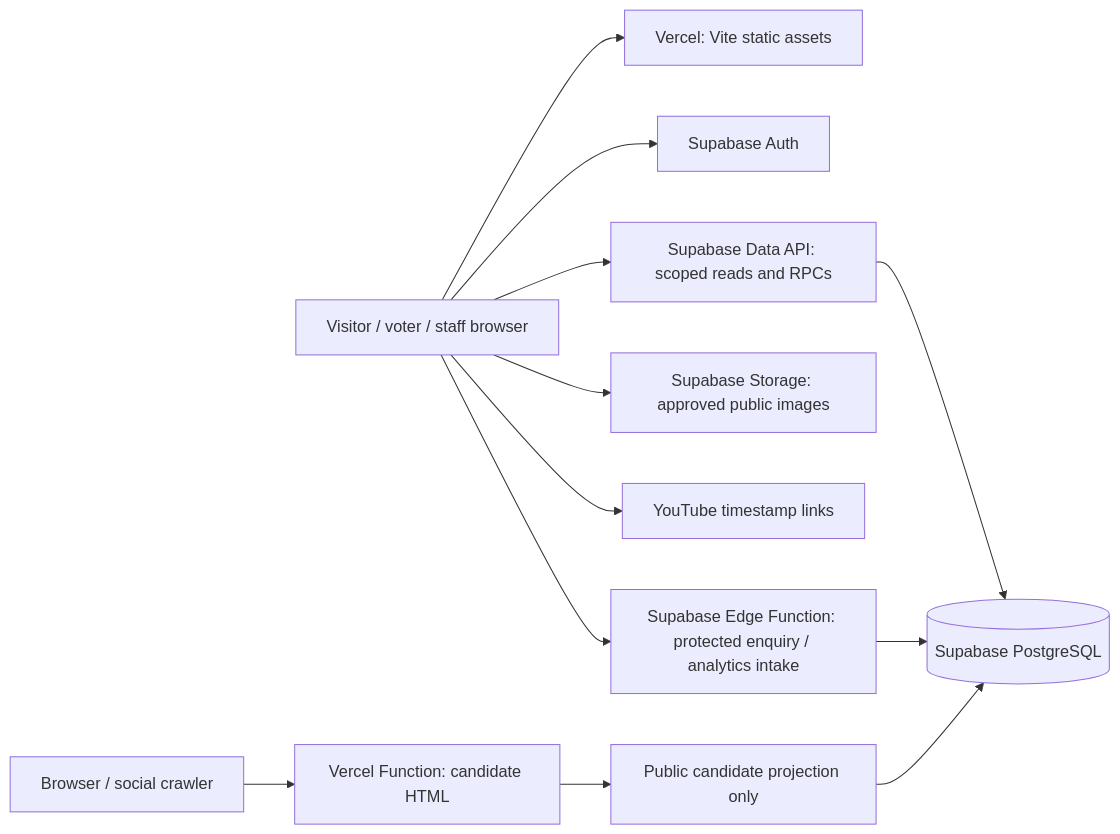
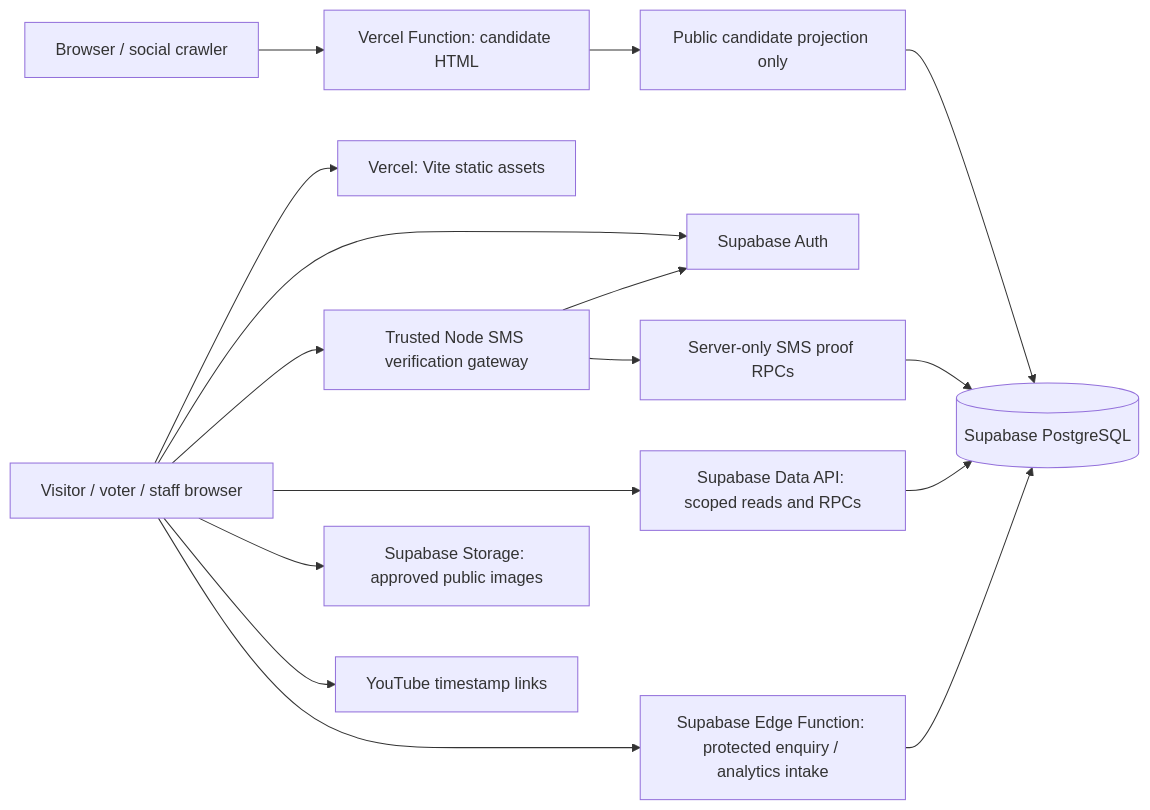
One commit to D4RK-ctrl/new-horizon-school changed the diagram in docs/ARCHITECTURE.md. Above: the diagram before and after it, drawn with Mermaid. The commit also changed other lines of this file and 18 other files, not shown here.

Commit message:
added SMS session verification

````diff
--- a/docs/ARCHITECTURE.md
+++ b/docs/ARCHITECTURE.md
@@ -7,14 +7,18 @@
 ```mermaid
 flowchart LR
   Browser[Visitor / voter / staff browser] --> Static[Vercel: Vite static assets]
   Crawler[Browser / social crawler] --> HTML[Vercel Function: candidate HTML]
   Browser --> Auth[Supabase Auth]
+  Browser --> SMS[Trusted Node SMS verification gateway]
+  SMS --> Auth
+  SMS --> Proof[Server-only SMS proof RPCs]
   Browser --> API[Supabase Data API: scoped reads and RPCs]
   HTML --> Public[Public candidate projection only]
   Public --> DB[(Supabase PostgreSQL)]
   API --> DB
+  Proof --> DB
   Browser --> Media[Supabase Storage: approved public images]
   Browser --> YT[YouTube timestamp links]
   Browser --> Intake[Supabase Edge Function: protected enquiry / analytics intake]
   Intake --> DB
 ```
````
